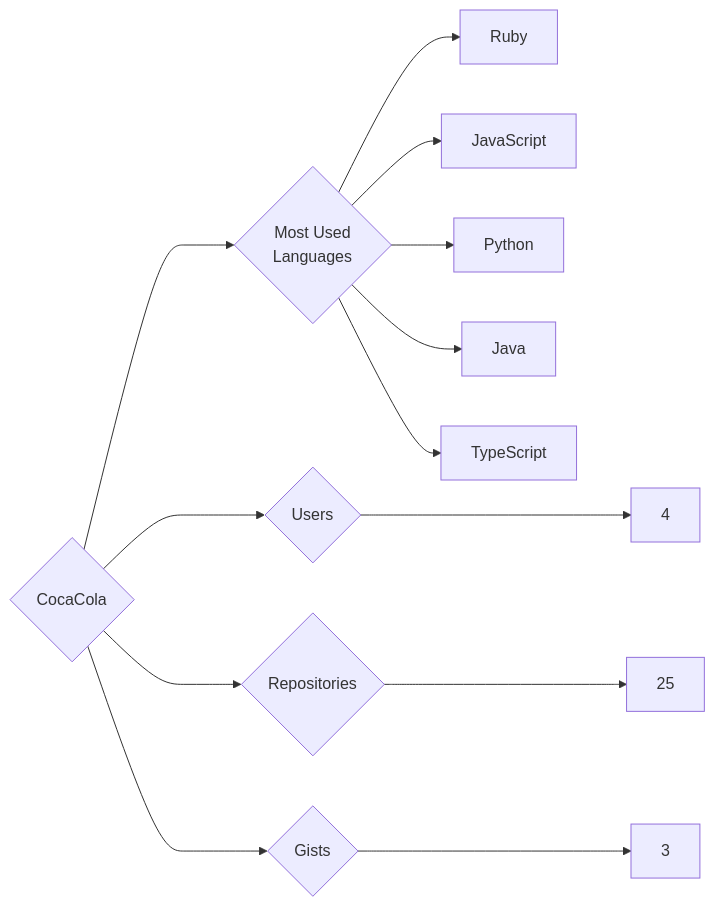
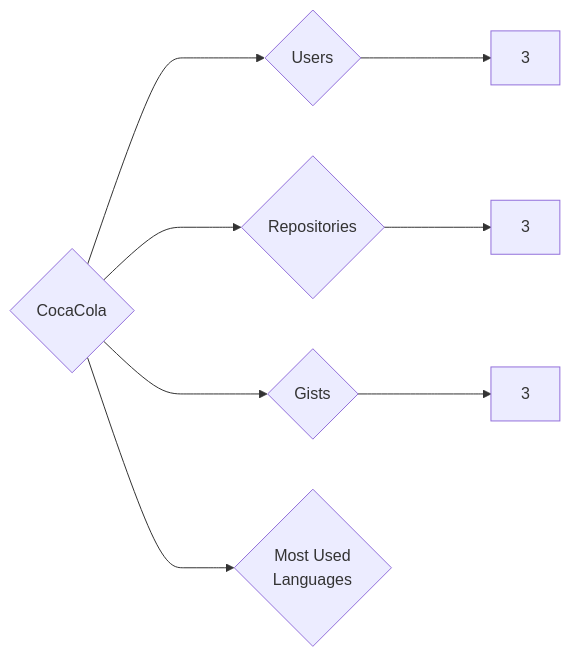
The diagram in targets/CocaCola/README.md (trickest/insiders), drawn with Mermaid before and after one commit. The commit also changed 938 other files, not shown here.

````diff
--- a/targets/CocaCola/README.md
+++ b/targets/CocaCola/README.md
@@ -3,13 +3,8 @@
 ```mermaid
 graph LR
 COMPANY_NAME{CocaCola}
-COMPANY_NAME ---> U{Users} ---> UN[4]
-COMPANY_NAME ---> R{Repositories} ---> RN[25]
+COMPANY_NAME ---> U{Users} ---> UN[3]
+COMPANY_NAME ---> R{Repositories} ---> RN[3]
 COMPANY_NAME ---> G{Gists} ---> GN[3]
 COMPANY_NAME ---> ML{Most Used<br>Languages}
-ML --> Ruby[Ruby]
-ML --> JavaScript[JavaScript]
-ML --> Python[Python]
-ML --> Java[Java]
-ML --> TypeScript[TypeScript]
 ```
````
